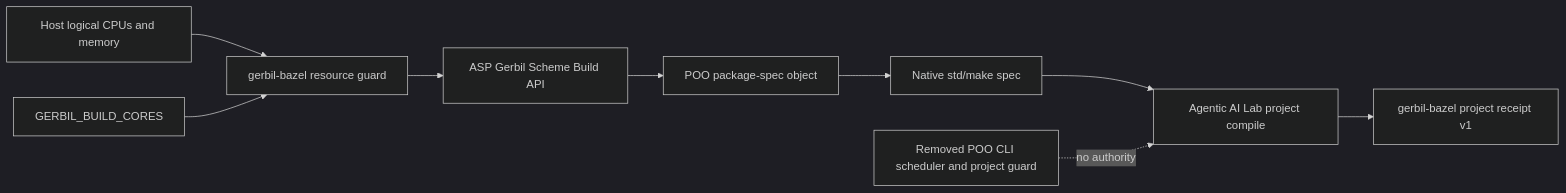
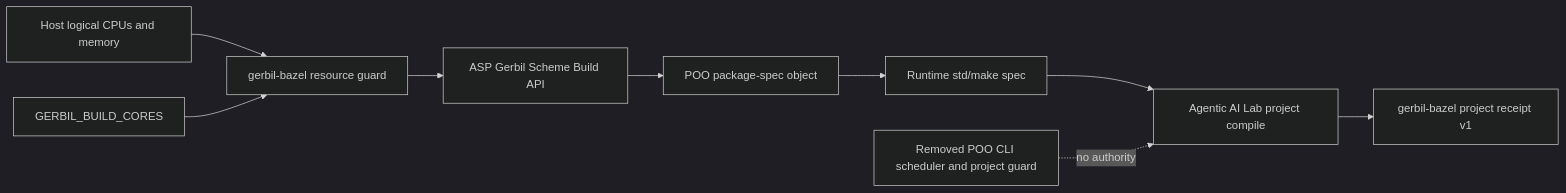
One commit to tao3k/gebril-yuanxu changed the first of 3 diagrams in module-system/design/147-adaptive-scheme-build-guard/17-build-api-cutover-closure.org. Above: the diagram before and after it, drawn with Mermaid (dark theme). The commit also changed other lines of this file and 1469 other files, not shown here.

```diff
--- a/module-system/design/147-adaptive-scheme-build-guard/17-build-api-cutover-closure.org
+++ b/module-system/design/147-adaptive-scheme-build-guard/17-build-api-cutover-closure.org
@@ -40,12 +40,12 @@
 #+begin_src mermaid
 flowchart LR
   Host["Host logical CPUs and memory"] --> GB["gerbil-bazel resource guard"]
   Cores["GERBIL_BUILD_CORES"] --> GB
   GB --> ASP["ASP Gerbil Scheme Build API"]
   ASP --> POO["POO package-spec object"]
-  POO --> Native["Native std/make spec"]
-  Native --> Compile["Agentic AI Lab project compile"]
+  POO --> Runtime["Runtime std/make spec"]
+  Runtime --> Compile["Agentic AI Lab project compile"]
   Compile --> Receipt["gerbil-bazel project receipt v1"]
 
   Legacy["Removed POO CLI scheduler and project guard"] -. no authority .-> Compile
 #+end_src
```
